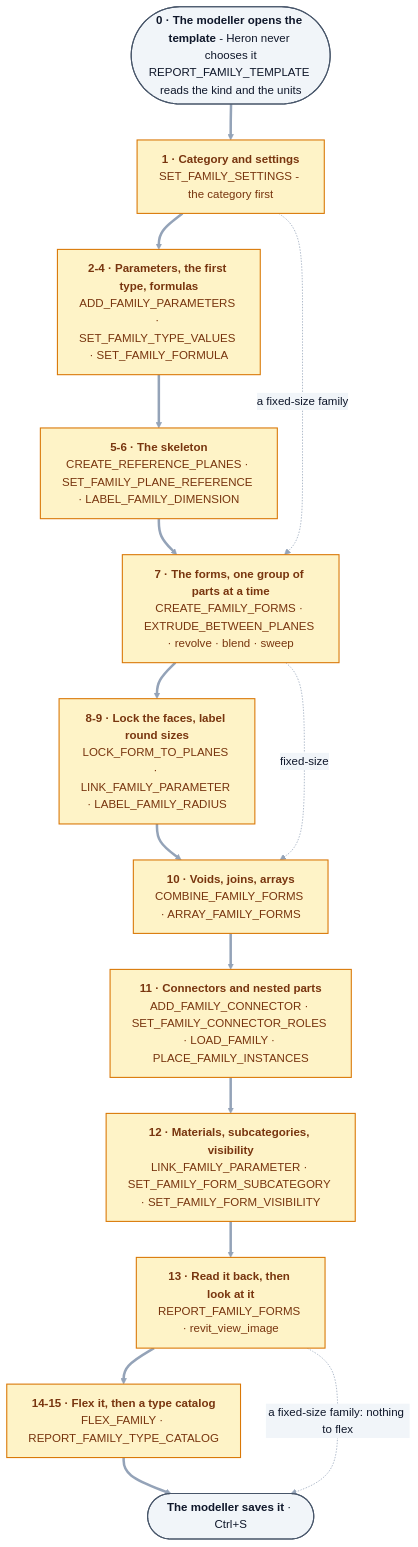
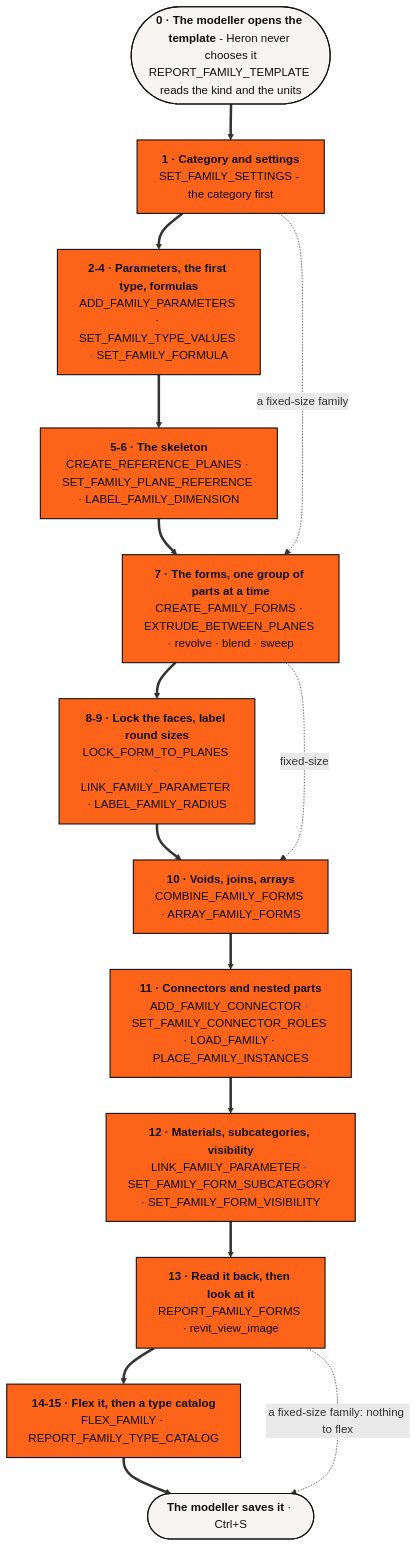
The diagram in docs/43-building-revit-families.md (Ajmalpshaik/Heron-AI), drawn with Mermaid before and after one commit. The commit also changed 44 other files, not shown here.

First line of the commit message:
Diagrams in the other docs move to the brand palette (D-149, #1116)

````diff
--- a/docs/43-building-revit-families.md
+++ b/docs/43-building-revit-families.md
@@ -71,26 +71,25 @@
 ```mermaid
-%%{init: {"themeVariables": {"edgeLabelBackground":"#F1F5F9","lineColor":"#94A3B8","textColor":"#0F172A","tertiaryTextColor":"#0F172A"}}}%%
 flowchart TD
     S0(["<b>0 · The modeller opens the template</b> - Heron never chooses it<br/>REPORT_FAMILY_TEMPLATE reads the kind and the units"])
     S1["<b>1 · Category and settings</b><br/>SET_FAMILY_SETTINGS - the category first"]
     S2["<b>2-4 · Parameters, the first type, formulas</b><br/>ADD_FAMILY_PARAMETERS · SET_FAMILY_TYPE_VALUES · SET_FAMILY_FORMULA"]
     S5["<b>5-6 · The skeleton</b><br/>CREATE_REFERENCE_PLANES · SET_FAMILY_PLANE_REFERENCE · LABEL_FAMILY_DIMENSION"]
     S7["<b>7 · The forms, one group of parts at a time</b><br/>CREATE_FAMILY_FORMS · EXTRUDE_BETWEEN_PLANES · revolve · blend · sweep"]
     S8["<b>8-9 · Lock the faces, label round sizes</b><br/>LOCK_FORM_TO_PLANES · LINK_FAMILY_PARAMETER · LABEL_FAMILY_RADIUS"]
     S10["<b>10 · Voids, joins, arrays</b><br/>COMBINE_FAMILY_FORMS · ARRAY_FAMILY_FORMS"]
     S11["<b>11 · Connectors and nested parts</b><br/>ADD_FAMILY_CONNECTOR · SET_FAMILY_CONNECTOR_ROLES · LOAD_FAMILY · PLACE_FAMILY_INSTANCES"]
     S12["<b>12 · Materials, subcategories, visibility</b><br/>LINK_FAMILY_PARAMETER · SET_FAMILY_FORM_SUBCATEGORY · SET_FAMILY_FORM_VISIBILITY"]
     S13["<b>13 · Read it back, then look at it</b><br/>REPORT_FAMILY_FORMS · revit_view_image"]
     S14["<b>14-15 · Flex it, then a type catalog</b><br/>FLEX_FAMILY · REPORT_FAMILY_TYPE_CATALOG"]
     SV(["<b>The modeller saves it</b> · Ctrl+S"])
 
     S0 ==> S1 ==> S2 ==> S5 ==> S7 ==> S8 ==> S10 ==> S11 ==> S12 ==> S13 ==> S14 ==> SV
     S1 -.->|a fixed-size family| S7
     S7 -.->|fixed-size| S10
     S13 -.->|a fixed-size family: nothing to flex| SV
 
-    classDef user fill:#F1F5F9,stroke:#475569,stroke-width:1.5px,color:#0F172A
-    classDef addin fill:#FEF3C7,stroke:#D97706,stroke-width:1.5px,color:#78350F
+    classDef user fill:#F7F5F2,stroke:#0F0F10,stroke-width:1.5px,color:#0F0F10
+    classDef addin fill:#FD641A,stroke:#0F0F10,stroke-width:1.5px,color:#0F0F10
     class S0,SV user
     class S1,S2,S5,S7,S8,S10,S11,S12,S13,S14 addin
 ```
````
